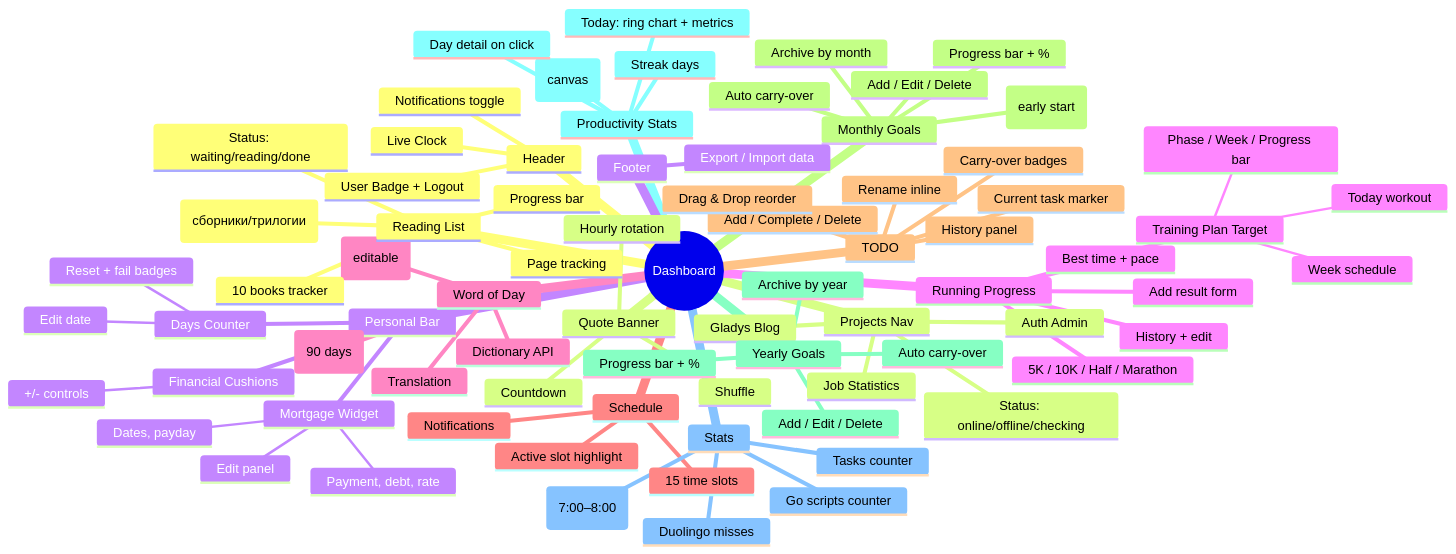
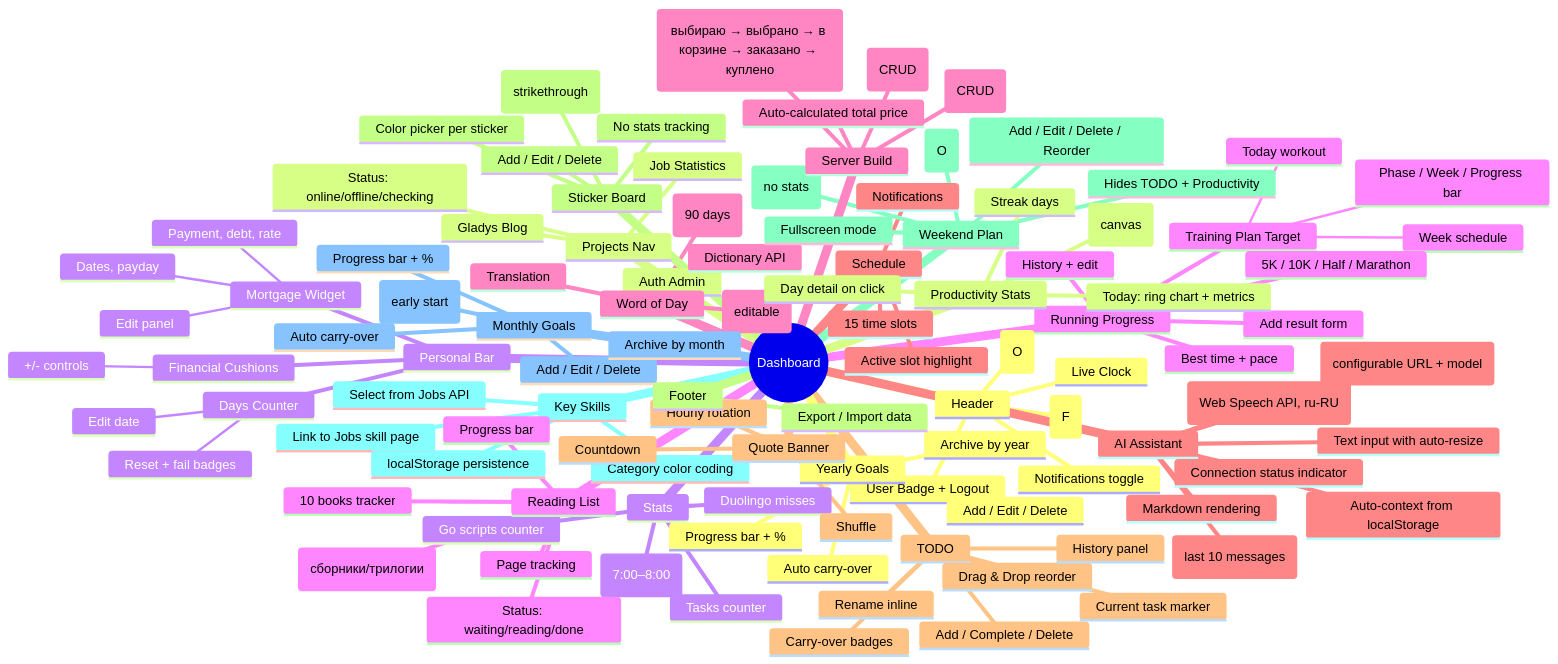
The sixth of 13 diagrams in ARCHITECTURE.md (Finc8888/Dashboard), drawn with Mermaid before and after one commit. The commit also changed other lines of this file and 5716 other files, not shown here.

```diff
--- a/ARCHITECTURE.md
+++ b/ARCHITECTURE.md
@@ -241,6 +323,8 @@
   root((Dashboard))
     Header
       Notifications toggle
+      Focus mode (F)
+      Day off toggle (O)
       Live Clock
       User Badge + Logout
     Projects Nav
@@ -283,6 +367,22 @@
       Current task marker
       Carry-over badges
       History panel
+    Sticker Board
+      Add / Edit / Delete
+      Check off (strikethrough)
+      Color picker per sticker
+      No stats tracking
+    Weekend Plan
+      Day off toggle (O)
+      Hides TODO + Productivity
+      Add / Edit / Delete / Reorder
+      Check off (no stats)
+      Fullscreen mode
+    Key Skills
+      Select from Jobs API
+      Category color coding
+      Link to Jobs skill page
+      localStorage persistence
     Monthly Goals
       Add / Edit / Delete
       Auto carry-over
@@ -310,6 +410,19 @@
       Page tracking
       Progress bar
       Expandable sub-items (сборники/трилогии)
+    Server Build
+      Editable components table (CRUD)
+      Status workflow (выбираю → выбрано → в корзине → заказано → куплено)
+      Compatible Ollama models table (CRUD)
+      Auto-calculated total price
+    AI Assistant
+      Ollama integration (configurable URL + model)
+      Voice input (Web Speech API, ru-RU)
+      Text input with auto-resize
+      Auto-context from localStorage
+      Markdown rendering
+      Chat history (last 10 messages)
+      Connection status indicator
     Quote Banner
       Hourly rotation
       Shuffle
```
